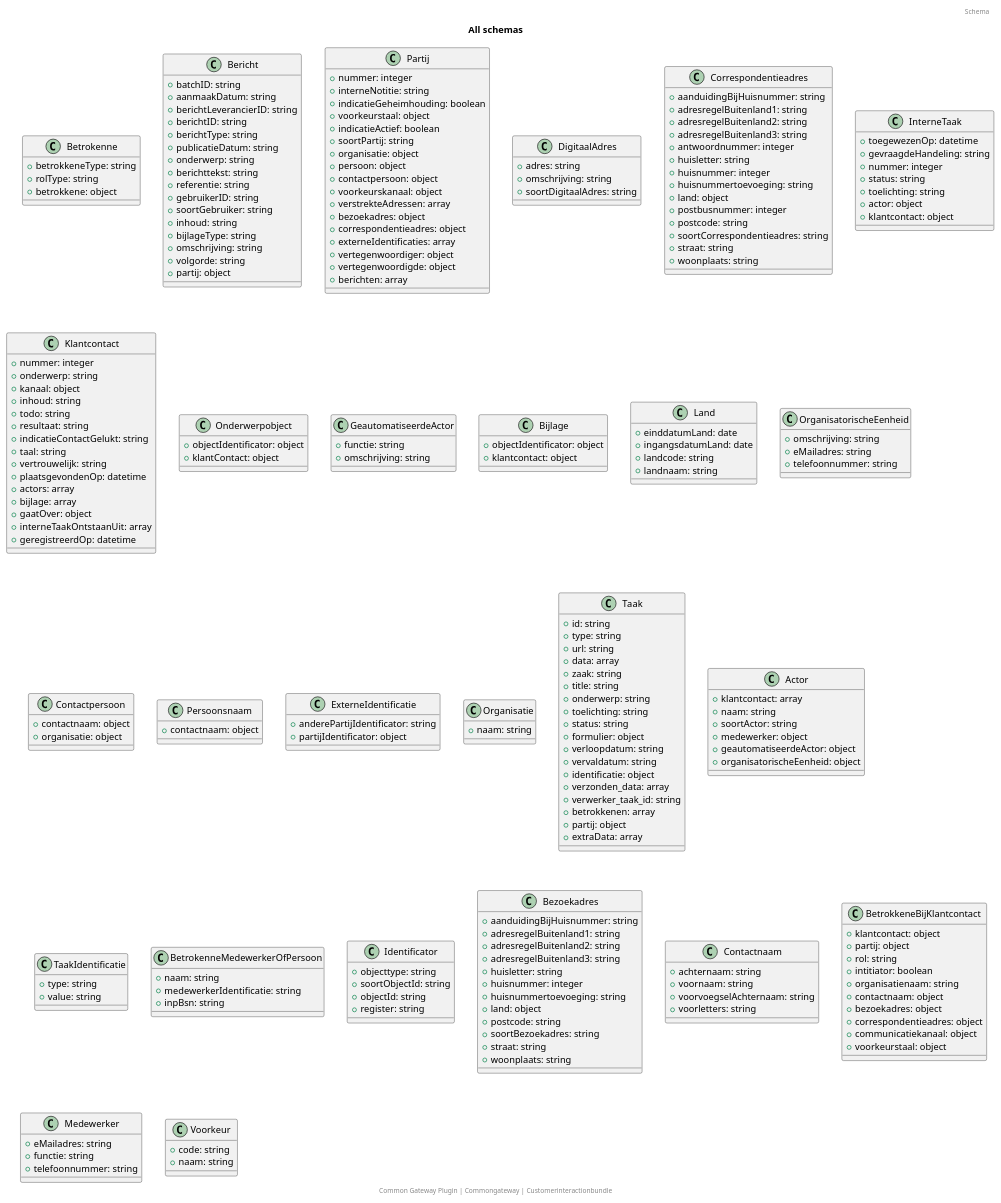
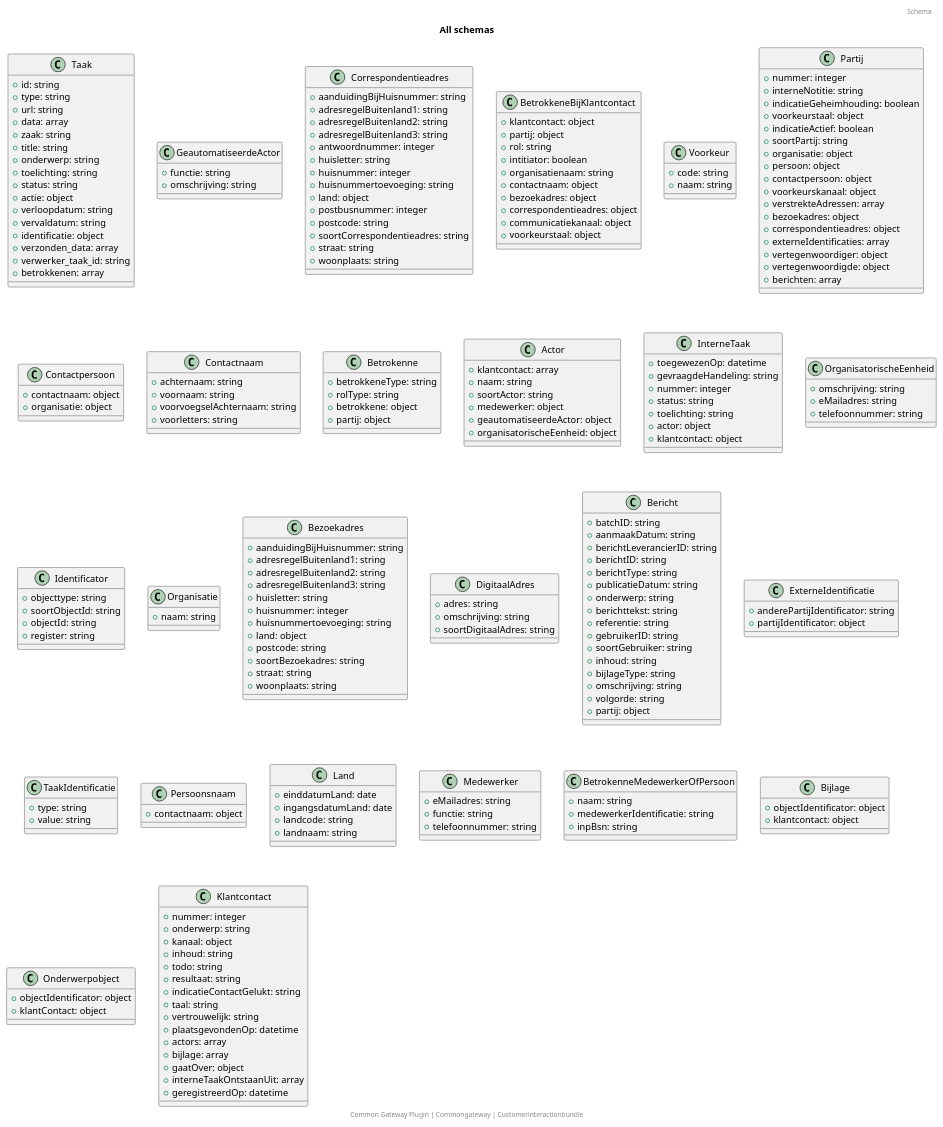
One commit to CommonGateway/CustomerInteractionBundle changed the diagram in docs/schema/all_schema_classes.puml. Above: the diagram before and after it, drawn with PlantUML. The commit also changed 29 other files, not shown here.

```diff
--- a/docs/schema/all_schema_classes.puml
+++ b/docs/schema/all_schema_classes.puml
@@ -2,28 +2,59 @@
 title: All schemas
 footer: Common Gateway Plugin | Commongateway | Customerinteractionbundle 
 header: Schema
-class Betrokenne {
-  + betrokkeneType: string
-  + rolType: string
-  + betrokkene: object
+class Taak {
+  + id: string
+  + type: string
+  + url: string
+  + data: array
+  + zaak: string
+  + title: string
+  + onderwerp: string
+  + toelichting: string
+  + status: string
+  + actie: object
+  + verloopdatum: string
+  + vervaldatum: string
+  + identificatie: object
+  + verzonden_data: array
+  + verwerker_taak_id: string
+  + betrokkenen: array
 }
-class Bericht {
-  + batchID: string
-  + aanmaakDatum: string
-  + berichtLeverancierID: string
-  + berichtID: string
-  + berichtType: string
-  + publicatieDatum: string
-  + onderwerp: string
-  + berichttekst: string
-  + referentie: string
-  + gebruikerID: string
-  + soortGebruiker: string
-  + inhoud: string
-  + bijlageType: string
+class GeautomatiseerdeActor {
+  + functie: string
   + omschrijving: string
-  + volgorde: string
+}
+class Correspondentieadres {
+  + aanduidingBijHuisnummer: string
+  + adresregelBuitenland1: string
+  + adresregelBuitenland2: string
+  + adresregelBuitenland3: string
+  + antwoordnummer: integer
+  + huisletter: string
+  + huisnummer: integer
+  + huisnummertoevoeging: string
+  + land: object
+  + postbusnummer: integer
+  + postcode: string
+  + soortCorrespondentieadres: string
+  + straat: string
+  + woonplaats: string
+}
+class BetrokkeneBijKlantcontact {
+  + klantcontact: object
   + partij: object
+  + rol: string
+  + intitiator: boolean
+  + organisatienaam: string
+  + contactnaam: object
+  + bezoekadres: object
+  + correspondentieadres: object
+  + communicatiekanaal: object
+  + voorkeurstaal: object
+}
+class Voorkeur {
+  + code: string
+  + naam: string
 }
 class Partij {
   + nummer: integer
@@ -44,26 +75,29 @@
   + vertegenwoordigde: object
   + berichten: array
 }
-class DigitaalAdres {
-  + adres: string
-  + omschrijving: string
-  + soortDigitaalAdres: string
+class Contactpersoon {
+  + contactnaam: object
+  + organisatie: object
 }
-class Correspondentieadres {
-  + aanduidingBijHuisnummer: string
-  + adresregelBuitenland1: string
-  + adresregelBuitenland2: string
-  + adresregelBuitenland3: string
-  + antwoordnummer: integer
-  + huisletter: string
-  + huisnummer: integer
-  + huisnummertoevoeging: string
-  + land: object
-  + postbusnummer: integer
-  + postcode: string
-  + soortCorrespondentieadres: string
-  + straat: string
-  + woonplaats: string
+class Contactnaam {
+  + achternaam: string
+  + voornaam: string
+  + voorvoegselAchternaam: string
+  + voorletters: string
+}
+class Betrokenne {
+  + betrokkeneType: string
+  + rolType: string
+  + betrokkene: object
+  + partij: object
+}
+class Actor {
+  + klantcontact: array
+  + naam: string
+  + soortActor: string
+  + medewerker: object
+  + geautomatiseerdeActor: object
+  + organisatorischeEenheid: object
 }
 class InterneTaak {
   + toegewezenOp: datetime
@@ -73,6 +107,92 @@
   + toelichting: string
   + actor: object
   + klantcontact: object
+}
+class OrganisatorischeEenheid {
+  + omschrijving: string
+  + eMailadres: string
+  + telefoonnummer: string
+}
+class Identificator {
+  + objecttype: string
+  + soortObjectId: string
+  + objectId: string
+  + register: string
+}
+class Organisatie {
+  + naam: string
+}
+class Bezoekadres {
+  + aanduidingBijHuisnummer: string
+  + adresregelBuitenland1: string
+  + adresregelBuitenland2: string
+  + adresregelBuitenland3: string
+  + huisletter: string
+  + huisnummer: integer
+  + huisnummertoevoeging: string
+  + land: object
+  + postcode: string
+  + soortBezoekadres: string
+  + straat: string
+  + woonplaats: string
+}
+class DigitaalAdres {
+  + adres: string
+  + omschrijving: string
+  + soortDigitaalAdres: string
+}
+class Bericht {
+  + batchID: string
+  + aanmaakDatum: string
+  + berichtLeverancierID: string
+  + berichtID: string
+  + berichtType: string
+  + publicatieDatum: string
+  + onderwerp: string
+  + berichttekst: string
+  + referentie: string
+  + gebruikerID: string
+  + soortGebruiker: string
+  + inhoud: string
+  + bijlageType: string
+  + omschrijving: string
+  + volgorde: string
+  + partij: object
+}
+class ExterneIdentificatie {
+  + anderePartijIdentificator: string
+  + partijIdentificator: object
+}
+class TaakIdentificatie {
+  + type: string
+  + value: string
+}
+class Persoonsnaam {
+  + contactnaam: object
+}
+class Land {
+  + einddatumLand: date
+  + ingangsdatumLand: date
+  + landcode: string
+  + landnaam: string
+}
+class Medewerker {
+  + eMailadres: string
+  + functie: string
+  + telefoonnummer: string
+}
+class BetrokenneMedewerkerOfPersoon {
+  + naam: string
+  + medewerkerIdentificatie: string
+  + inpBsn: string
+}
+class Bijlage {
+  + objectIdentificator: object
+  + klantcontact: object
+}
+class Onderwerpobject {
+  + objectIdentificator: object
+  + klantContact: object
 }
 class Klantcontact {
   + nummer: integer
@@ -91,125 +211,4 @@
   + interneTaakOntstaanUit: array
   + geregistreerdOp: datetime
 }
-class Onderwerpobject {
-  + objectIdentificator: object
-  + klantContact: object
-}
-class GeautomatiseerdeActor {
-  + functie: string
-  + omschrijving: string
-}
-class Bijlage {
-  + objectIdentificator: object
-  + klantcontact: object
-}
-class Land {
-  + einddatumLand: date
-  + ingangsdatumLand: date
-  + landcode: string
-  + landnaam: string
-}
-class OrganisatorischeEenheid {
-  + omschrijving: string
-  + eMailadres: string
-  + telefoonnummer: string
-}
-class Contactpersoon {
-  + contactnaam: object
-  + organisatie: object
-}
-class Persoonsnaam {
-  + contactnaam: object
-}
-class ExterneIdentificatie {
-  + anderePartijIdentificator: string
-  + partijIdentificator: object
-}
-class Organisatie {
-  + naam: string
-}
-class Taak {
-  + id: string
-  + type: string
-  + url: string
-  + data: array
-  + zaak: string
-  + title: string
-  + onderwerp: string
-  + toelichting: string
-  + status: string
-  + formulier: object
-  + verloopdatum: string
-  + vervaldatum: string
-  + identificatie: object
-  + verzonden_data: array
-  + verwerker_taak_id: string
-  + betrokkenen: array
-  + partij: object
-  + extraData: array
-}
-class Actor {
-  + klantcontact: array
-  + naam: string
-  + soortActor: string
-  + medewerker: object
-  + geautomatiseerdeActor: object
-  + organisatorischeEenheid: object
-}
-class TaakIdentificatie {
-  + type: string
-  + value: string
-}
-class BetrokenneMedewerkerOfPersoon {
-  + naam: string
-  + medewerkerIdentificatie: string
-  + inpBsn: string
-}
-class Identificator {
-  + objecttype: string
-  + soortObjectId: string
-  + objectId: string
-  + register: string
-}
-class Bezoekadres {
-  + aanduidingBijHuisnummer: string
-  + adresregelBuitenland1: string
-  + adresregelBuitenland2: string
-  + adresregelBuitenland3: string
-  + huisletter: string
-  + huisnummer: integer
-  + huisnummertoevoeging: string
-  + land: object
-  + postcode: string
-  + soortBezoekadres: string
-  + straat: string
-  + woonplaats: string
-}
-class Contactnaam {
-  + achternaam: string
-  + voornaam: string
-  + voorvoegselAchternaam: string
-  + voorletters: string
-}
-class BetrokkeneBijKlantcontact {
-  + klantcontact: object
-  + partij: object
-  + rol: string
-  + intitiator: boolean
-  + organisatienaam: string
-  + contactnaam: object
-  + bezoekadres: object
-  + correspondentieadres: object
-  + communicatiekanaal: object
-  + voorkeurstaal: object
-}
-class Medewerker {
-  + eMailadres: string
-  + functie: string
-  + telefoonnummer: string
-}
-class Voorkeur {
-  + code: string
-  + naam: string
-}
 @enduml
```
